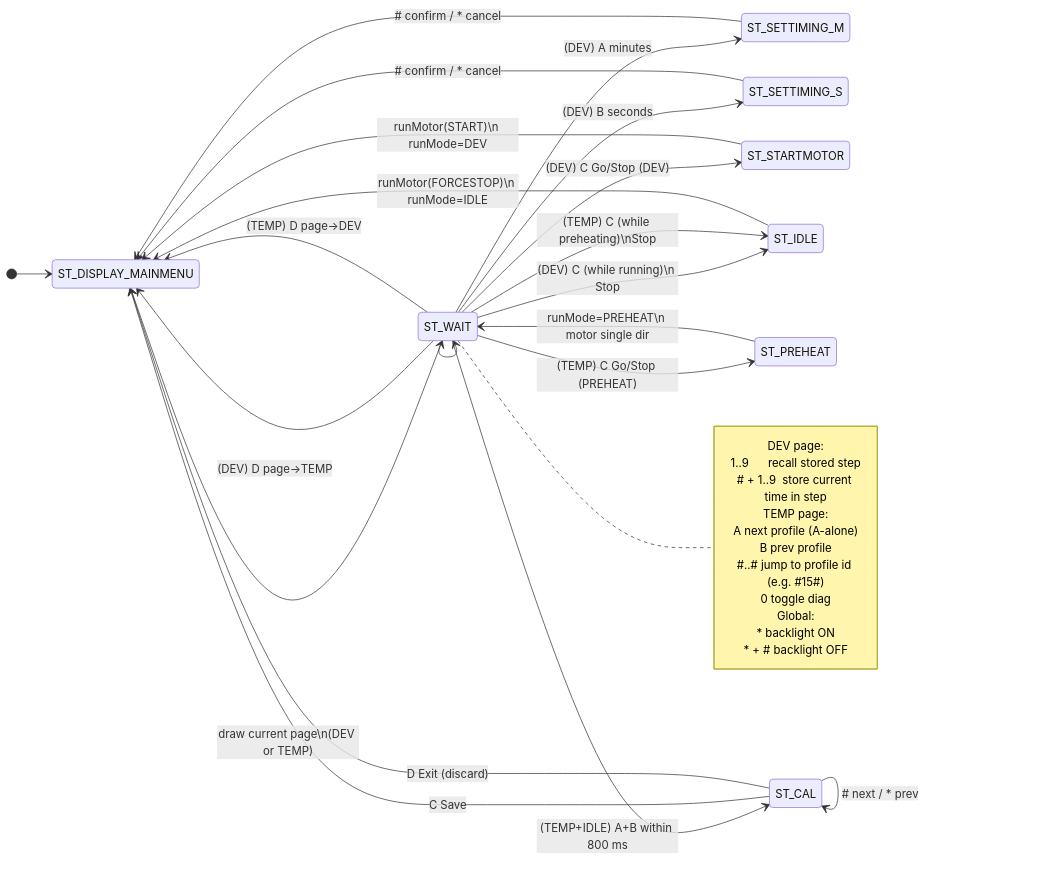
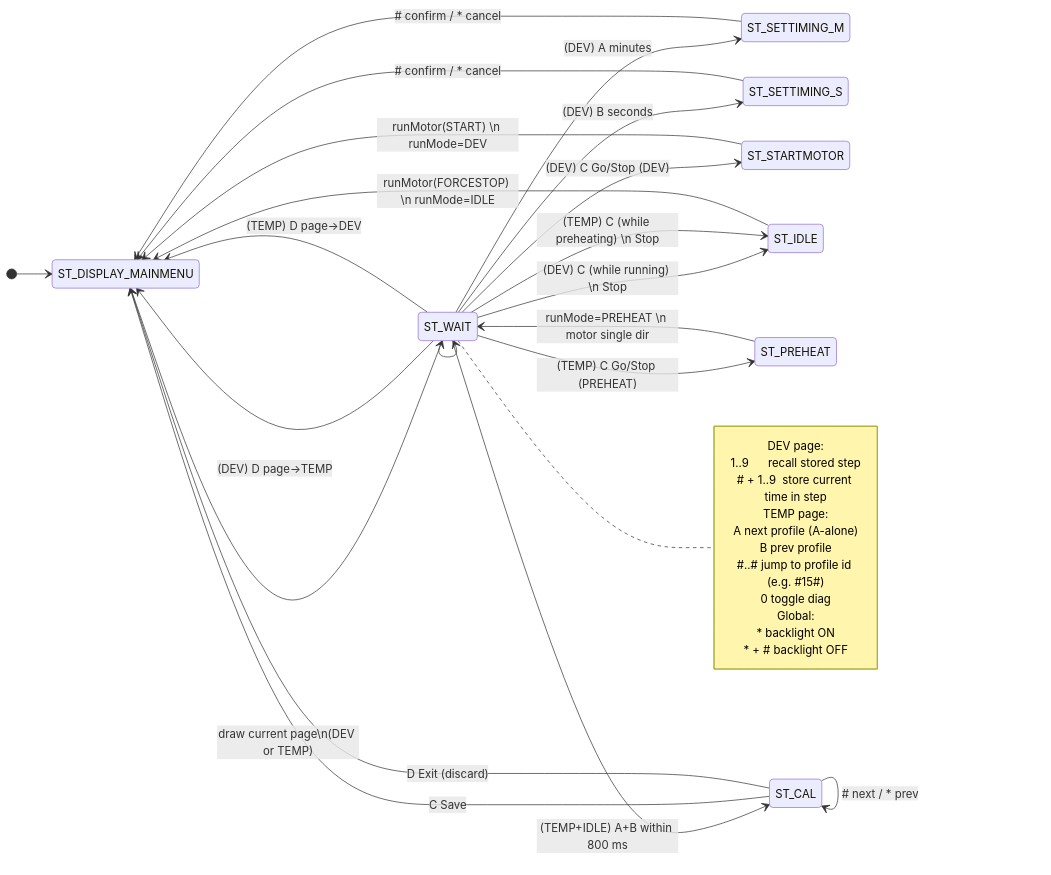
The first of 2 diagrams in README.md (lese66/fpp), drawn with Mermaid before and after one commit.

Commit message:
Add readme for v5.1.2

````diff
--- a/README.md
+++ b/README.md
@@ -203,58 +203,58 @@
 ```mermaid
 stateDiagram-v2
     direction LR
 
     [*] --> ST_DISPLAY_MAINMENU
     ST_DISPLAY_MAINMENU --> ST_WAIT: draw current page\n(DEV or TEMP)
 
     %% -------------------------
     %% DEV PAGE (PAGE_DEV)
     %% -------------------------
     ST_WAIT --> ST_SETTIMING_M: (DEV) A minutes
     ST_WAIT --> ST_SETTIMING_S: (DEV) B seconds
     ST_WAIT --> ST_STARTMOTOR:  (DEV) C Go/Stop (DEV)
     ST_WAIT --> ST_DISPLAY_MAINMENU: (DEV) D page->TEMP
 
     ST_SETTIMING_M --> ST_DISPLAY_MAINMENU: # confirm / * cancel
     ST_SETTIMING_S --> ST_DISPLAY_MAINMENU: # confirm / * cancel
 
-    ST_STARTMOTOR --> ST_DISPLAY_MAINMENU: runMotor(START)\n runMode=DEV
-    ST_WAIT --> ST_IDLE: (DEV) C (while running)\n Stop
-    ST_IDLE --> ST_DISPLAY_MAINMENU: runMotor(FORCESTOP)\n runMode=IDLE
+    ST_STARTMOTOR --> ST_DISPLAY_MAINMENU: runMotor(START) \n runMode=DEV
+    ST_WAIT --> ST_IDLE: (DEV) C (while running) \n Stop
+    ST_IDLE --> ST_DISPLAY_MAINMENU: runMotor(FORCESTOP) \n runMode=IDLE
 
     %% -------------------------
     %% TEMP PAGE (PAGE_TEMP)
     %% -------------------------
     ST_WAIT --> ST_PREHEAT: (TEMP) C Go/Stop (PREHEAT)
-    ST_PREHEAT --> ST_WAIT: runMode=PREHEAT\n motor single dir
-    ST_WAIT --> ST_IDLE: (TEMP) C (while preheating)\nStop
+    ST_PREHEAT --> ST_WAIT: runMode=PREHEAT \n motor single dir
+    ST_WAIT --> ST_IDLE: (TEMP) C (while preheating) \n Stop
 
     ST_WAIT --> ST_DISPLAY_MAINMENU: (TEMP) D page->DEV
 
     %% -------------------------
     %% CALIBRATION (TEMP only)
     %% -------------------------
     ST_WAIT --> ST_CAL: (TEMP+IDLE) A+B within 800 ms
     ST_CAL --> ST_DISPLAY_MAINMENU: C Save
     ST_CAL --> ST_DISPLAY_MAINMENU: D Exit (discard)
     ST_CAL --> ST_CAL: A +0.1 / B -0.1
     ST_CAL --> ST_CAL: # next / * prev
 
     %% keep the loop explicit (Mermaid likes it)
     ST_WAIT --> ST_WAIT
 
     note right of ST_WAIT
       DEV page:
         1..9      recall stored step
         # + 1..9  store current time in step
       TEMP page:
         A next profile (A-alone)
         B prev profile
         #..# jump to profile id (e.g. #15#)
         0 toggle diag
       Global:
         * backlight ON
         * + # backlight OFF
     end note
 
 ```
````
